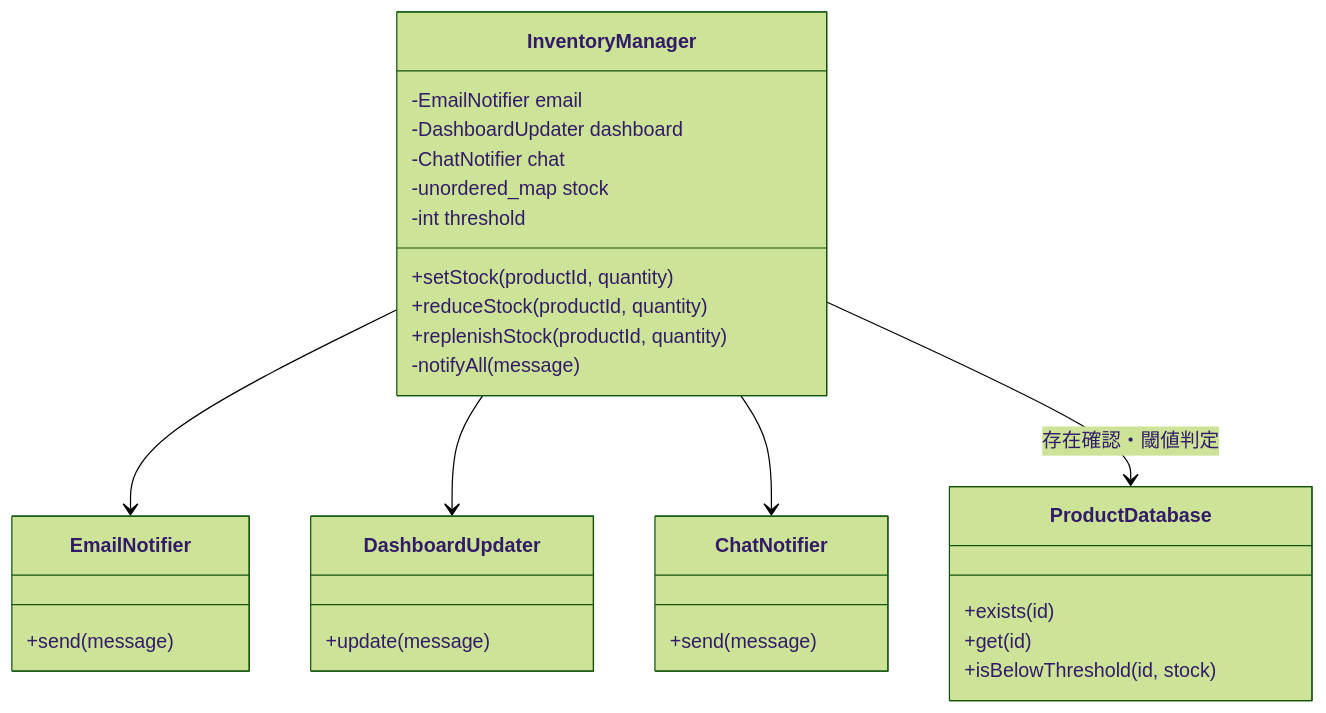
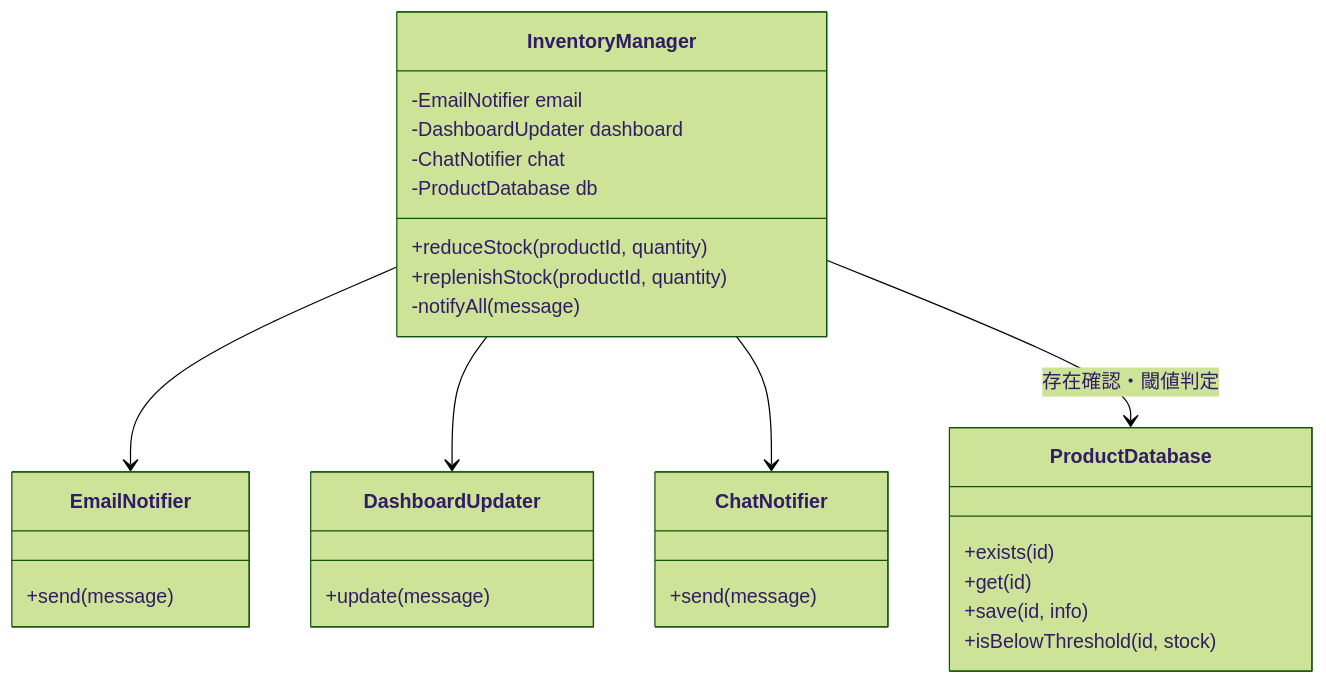
Before and after one commit to kumachan1101-pixel/DesignPattern: the third of 12 diagrams in kindle/design-patterns/output/chapter07.md, drawn with Mermaid (forest theme). The commit also changed other lines of this file and 21 other files, not shown here.

````diff
--- a/kindle/design-patterns/output/chapter07.md
+++ b/kindle/design-patterns/output/chapter07.md
@@ -175,33 +172,32 @@
 ```mermaid
 classDiagram
     class InventoryManager {
         -EmailNotifier email
         -DashboardUpdater dashboard
         -ChatNotifier chat
-        -unordered_map stock
-        -int threshold
-        +setStock(productId, quantity)
+        -ProductDatabase db
         +reduceStock(productId, quantity)
         +replenishStock(productId, quantity)
         -notifyAll(message)
     }
     class EmailNotifier {
         +send(message)
     }
     class DashboardUpdater {
         +update(message)
     }
     class ChatNotifier {
         +send(message)
     }
     class ProductDatabase {
         +exists(id)
         +get(id)
+        +save(id, info)
         +isBelowThreshold(id, stock)
     }
     InventoryManager --> EmailNotifier
     InventoryManager --> DashboardUpdater
     InventoryManager --> ChatNotifier
     InventoryManager --> ProductDatabase : 存在確認・閾値判定
 
 ```
````
